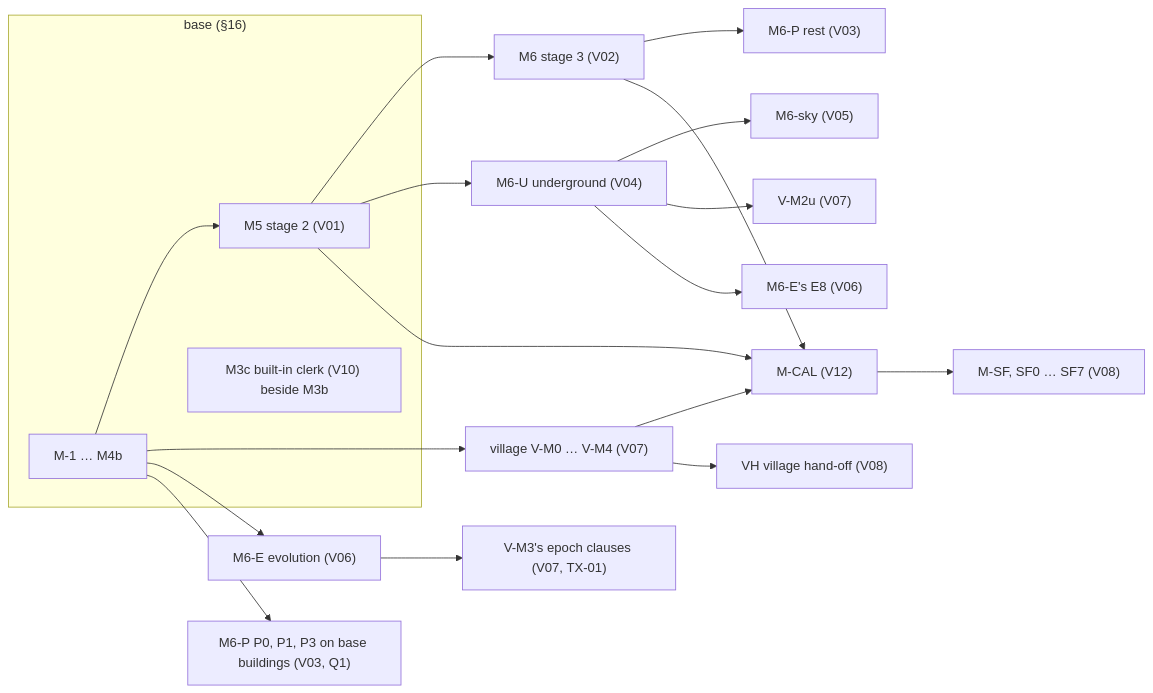
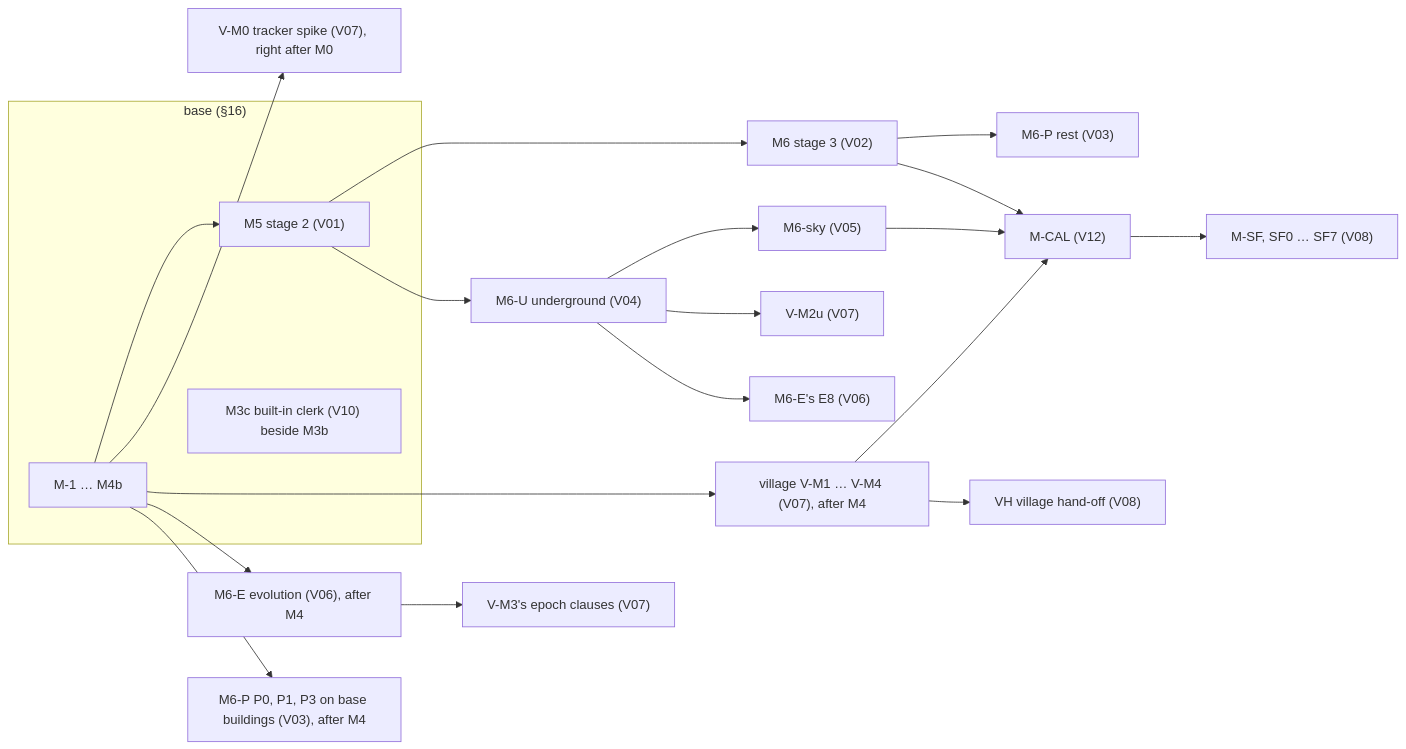
One commit to clausellstokes-lang/maps-architecture changed the diagram in docs/volumes/INDEX.md. Above: the diagram before and after it, drawn with Mermaid. The commit also changed other lines of this file and 51 other files, not shown here.

````diff
--- a/docs/volumes/INDEX.md
+++ b/docs/volumes/INDEX.md
@@ -84,22 +84,23 @@
 ```mermaid
 flowchart LR
   subgraph BASE["base (§16)"]
     M0["M-1 … M4b"] --> M5["M5 stage 2 (V01)"]
     M3c["M3c built-in clerk (V10) beside M3b"]
   end
-  M0 --> VM["village V-M0 … V-M4 (V07)"]
-  M0 --> ME["M6-E evolution (V06)"]
-  M0 --> MP0["M6-P P0, P1, P3 on base buildings (V03, Q1)"]
+  M0 --> VM0["V-M0 tracker spike (V07), right after M0"]
+  M0 --> VM["village V-M1 … V-M4 (V07), after M4"]
+  M0 --> ME["M6-E evolution (V06), after M4"]
+  M0 --> MP0["M6-P P0, P1, P3 on base buildings (V03), after M4"]
   M5 --> M6["M6 stage 3 (V02)"]
   M5 --> MU["M6-U underground (V04)"]
   M6 --> MP["M6-P rest (V03)"]
   MU --> MS["M6-sky (V05)"]
   MU --> VMu["V-M2u (V07)"]
   MU --> E8["M6-E's E8 (V06)"]
-  ME --> VM3["V-M3's epoch clauses (V07, TX-01)"]
-  M6 --> MCAL["M-CAL (V12)"]
-  M5 --> MCAL
+  ME --> VM3["V-M3's epoch clauses (V07)"]
+  MS --> MCAL["M-CAL (V12)"]
+  M6 --> MCAL
   VM --> MCAL
   MCAL --> MSF["M-SF, SF0 … SF7 (V08)"]
   VM --> VH["VH village hand-off (V08)"]
 ```
````
